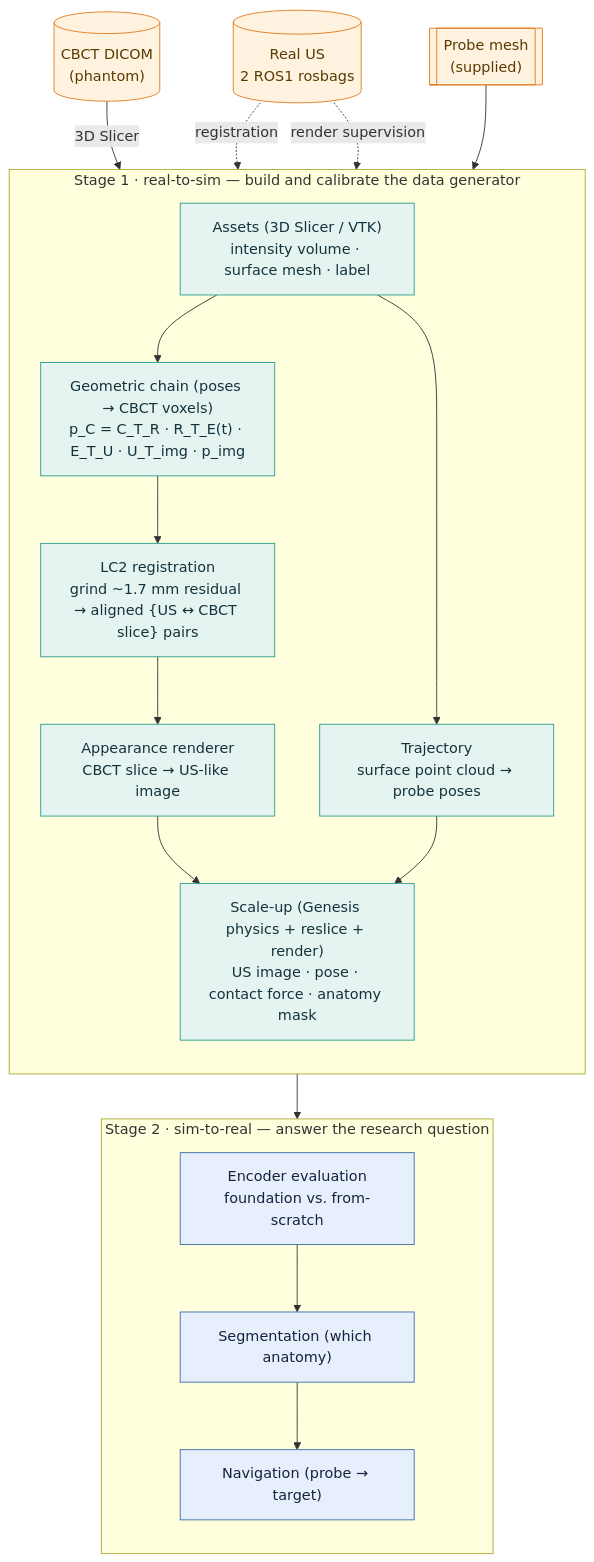
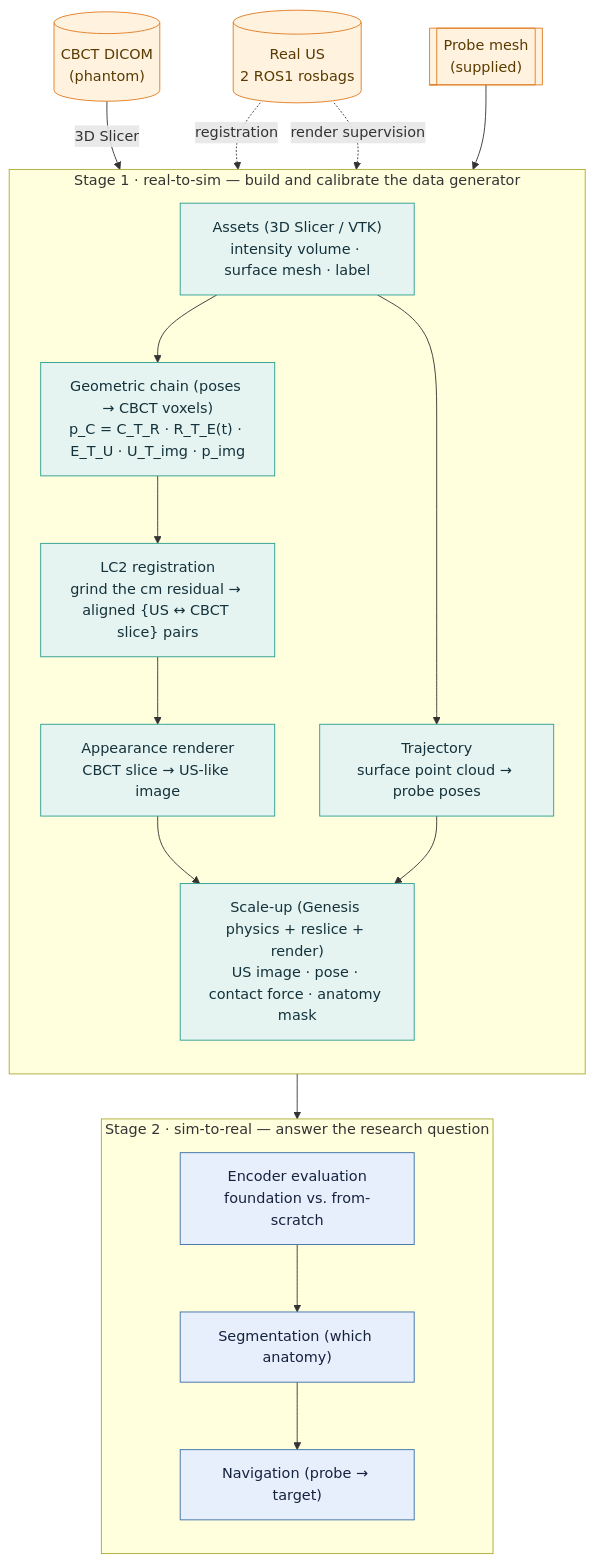
Before and after one commit to JerryPlain/deepussim: the diagram in README.md, drawn with Mermaid. The commit also changed other lines of this file, not shown here.

````diff
--- a/README.md
+++ b/README.md
@@ -25,38 +25,38 @@
 ```mermaid
 flowchart TB
     CBCT[("CBCT DICOM<br/>(phantom)")]
     USREAL[("Real US<br/>2 ROS1 rosbags")]
     PROBE[["Probe mesh<br/>(supplied)"]]
 
     subgraph STAGE1["Stage 1 · real-to-sim — build and calibrate the data generator"]
         direction TB
         ASSETS["Assets (3D Slicer / VTK)<br/>intensity volume · surface mesh · label"]
         CHAIN["Geometric chain (poses → CBCT voxels)<br/>p_C = C_T_R · R_T_E(t) · E_T_U · U_T_img · p_img"]
-        LC2["LC2 registration<br/>grind ~1.7 mm residual → aligned {US ↔ CBCT slice} pairs"]
+        LC2["LC2 registration<br/>grind the cm residual → aligned {US ↔ CBCT slice} pairs"]
         REND["Appearance renderer<br/>CBCT slice → US-like image"]
         TRAJ["Trajectory<br/>surface point cloud → probe poses"]
         SCALE["Scale-up (Genesis physics + reslice + render)<br/>US image · pose · contact force · anatomy mask"]
     end
 
     subgraph STAGE2["Stage 2 · sim-to-real — answer the research question"]
         direction TB
         ENC["Encoder evaluation<br/>foundation vs. from-scratch"]
         SEG["Segmentation (which anatomy)"]
         NAV["Navigation (probe → target)"]
     end
 
     CBCT -->|3D Slicer| ASSETS
     USREAL -. registration .-> LC2
     USREAL -. render supervision .-> REND
     PROBE --> SCALE
     ASSETS --> CHAIN --> LC2 --> REND --> SCALE
     ASSETS --> TRAJ --> SCALE
     SCALE --> ENC --> SEG --> NAV
 
     classDef s1 fill:#e6f4f1,stroke:#2a9d8f,color:#14323b;
     classDef s2 fill:#e7eefc,stroke:#3a6ea5,color:#16233f;
     classDef inp fill:#fff3e0,stroke:#e07a1f,color:#5a3a00;
     class ASSETS,CHAIN,LC2,REND,TRAJ,SCALE s1;
     class ENC,SEG,NAV s2;
     class CBCT,USREAL,PROBE inp;
 ```
````
